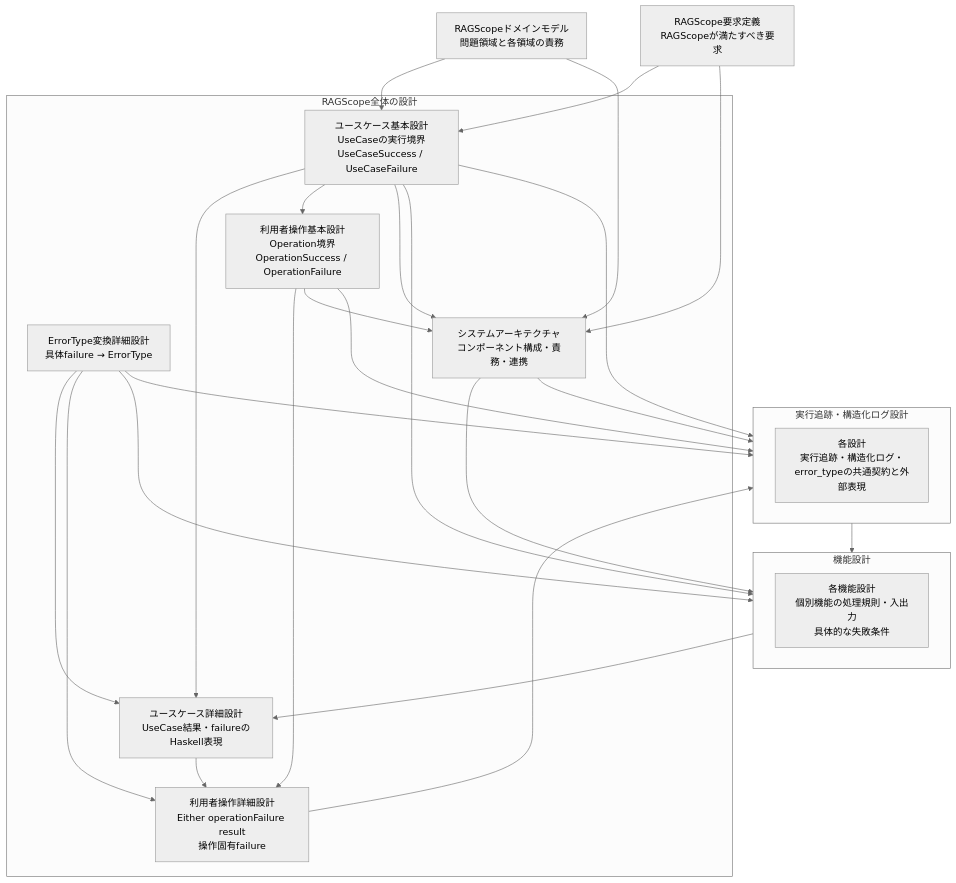
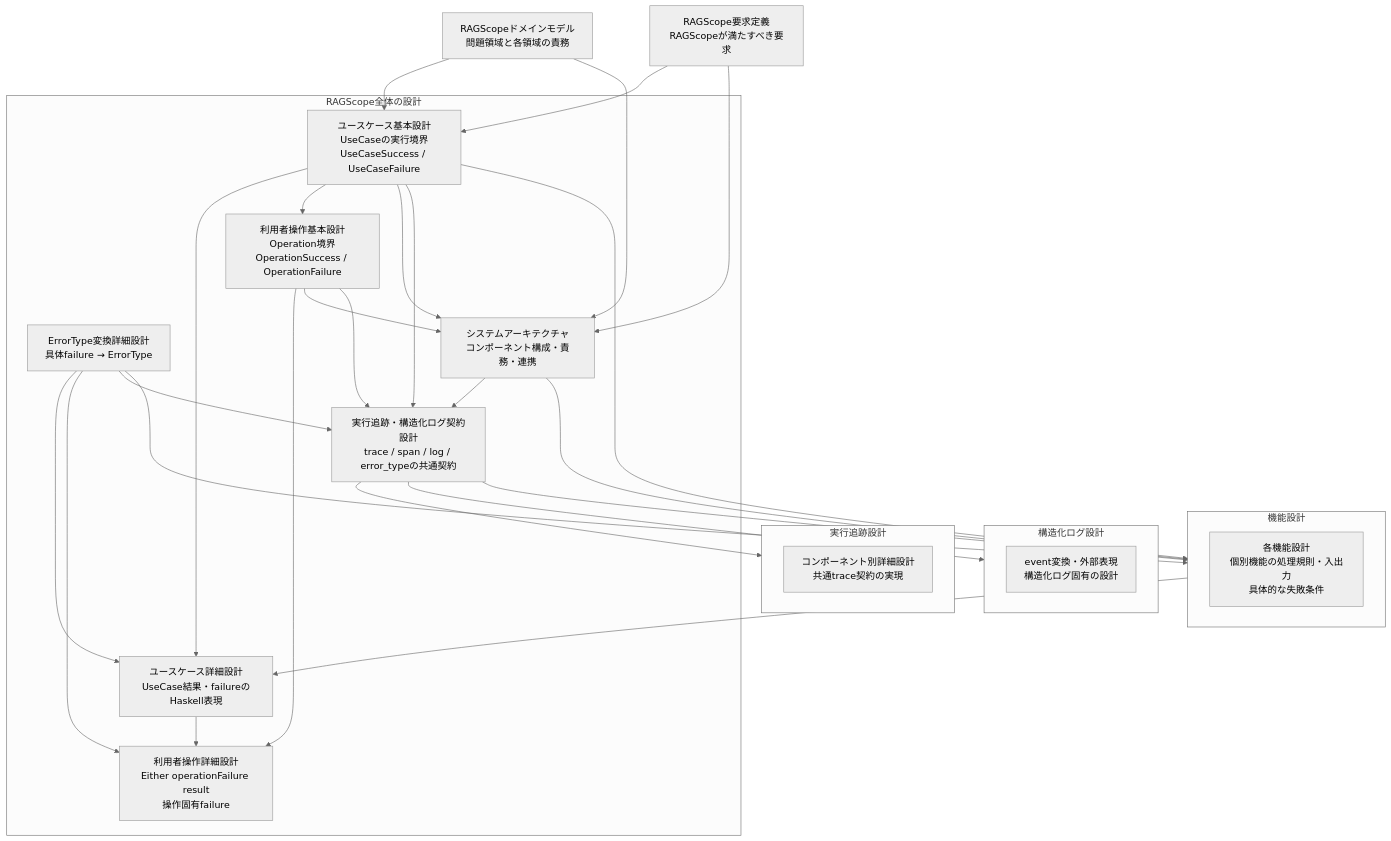
The diagram in project-docs/design/README.md (takashit16833/RAGScope), drawn with Mermaid (neutral theme) before and after one commit. The commit also changed other lines of this file, not shown here.

Commit message:
docs: separate tracing and logging design navigation

````diff
--- a/project-docs/design/README.md
+++ b/project-docs/design/README.md
@@ -24,47 +26,53 @@
 ```mermaid
 flowchart TD
     Domain["RAGScopeドメインモデル<br>問題領域と各領域の責務"]
     Requirements["RAGScope要求定義<br>RAGScopeが満たすべき要求"]
 
     subgraph Core["RAGScope全体の設計"]
         UseCase["ユースケース基本設計<br>UseCaseの実行境界<br>UseCaseSuccess / UseCaseFailure"]
         UseCaseDetail["ユースケース詳細設計<br>UseCase結果・failureのHaskell表現"]
         ErrorTypeConversion["ErrorType変換詳細設計<br>具体failure → ErrorType"]
         Operation["利用者操作基本設計<br>Operation境界<br>OperationSuccess / OperationFailure"]
         OperationDetail["利用者操作詳細設計<br>Either operationFailure result<br>操作固有failure"]
         Architecture["システムアーキテクチャ<br>コンポーネント構成・責務・連携"]
+        ObservabilityContract["実行追跡・構造化ログ契約設計<br>trace / span / log / error_typeの共通契約"]
         UseCase --> UseCaseDetail
         UseCase --> Operation
         Operation --> OperationDetail
         UseCaseDetail --> OperationDetail
         ErrorTypeConversion --> UseCaseDetail
         ErrorTypeConversion --> OperationDetail
         UseCase --> Architecture
         Operation --> Architecture
+        Operation --> ObservabilityContract
+        UseCase --> ObservabilityContract
+        ErrorTypeConversion --> ObservabilityContract
+        Architecture --> ObservabilityContract
     end
 
     subgraph Features["機能設計"]
         FeatureDesigns["各機能設計<br>個別機能の処理規則・入出力<br>具体的な失敗条件"]
     end
 
-    subgraph Logging["実行追跡・構造化ログ設計"]
-        LoggingDesigns["各設計<br>実行追跡・構造化ログ・error_typeの共通契約と外部表現"]
+    subgraph Tracing["実行追跡設計"]
+        TracingDesigns["コンポーネント別詳細設計<br>共通trace契約の実現"]
+    end
+
+    subgraph Logging["構造化ログ設計"]
+        LoggingDesigns["event変換・外部表現<br>構造化ログ固有の設計"]
     end
 
     Domain --> UseCase
     Requirements --> UseCase
     Domain --> Architecture
     Requirements --> Architecture
 
     Architecture --> Features
     UseCase --> Features
     ErrorTypeConversion --> Features
     Features --> UseCaseDetail
 
-    Operation --> Logging
-    OperationDetail --> Logging
-    UseCase --> Logging
-    ErrorTypeConversion --> Logging
-    Architecture --> Logging
-    Logging --> Features
+    ObservabilityContract --> Tracing
+    ObservabilityContract --> Logging
+    ObservabilityContract --> Features
 ```
````
